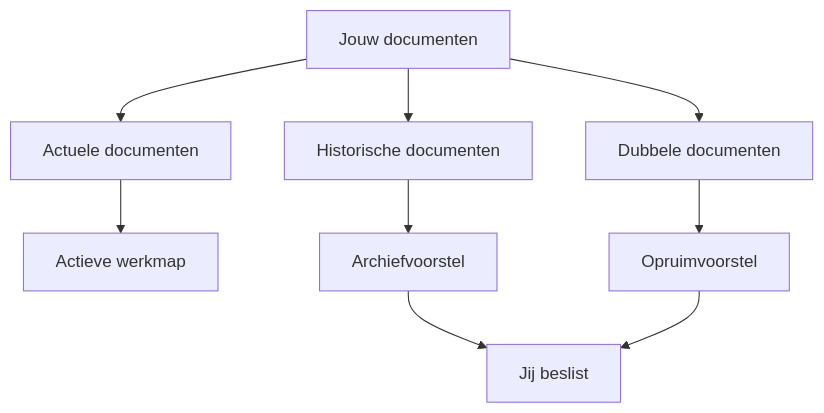
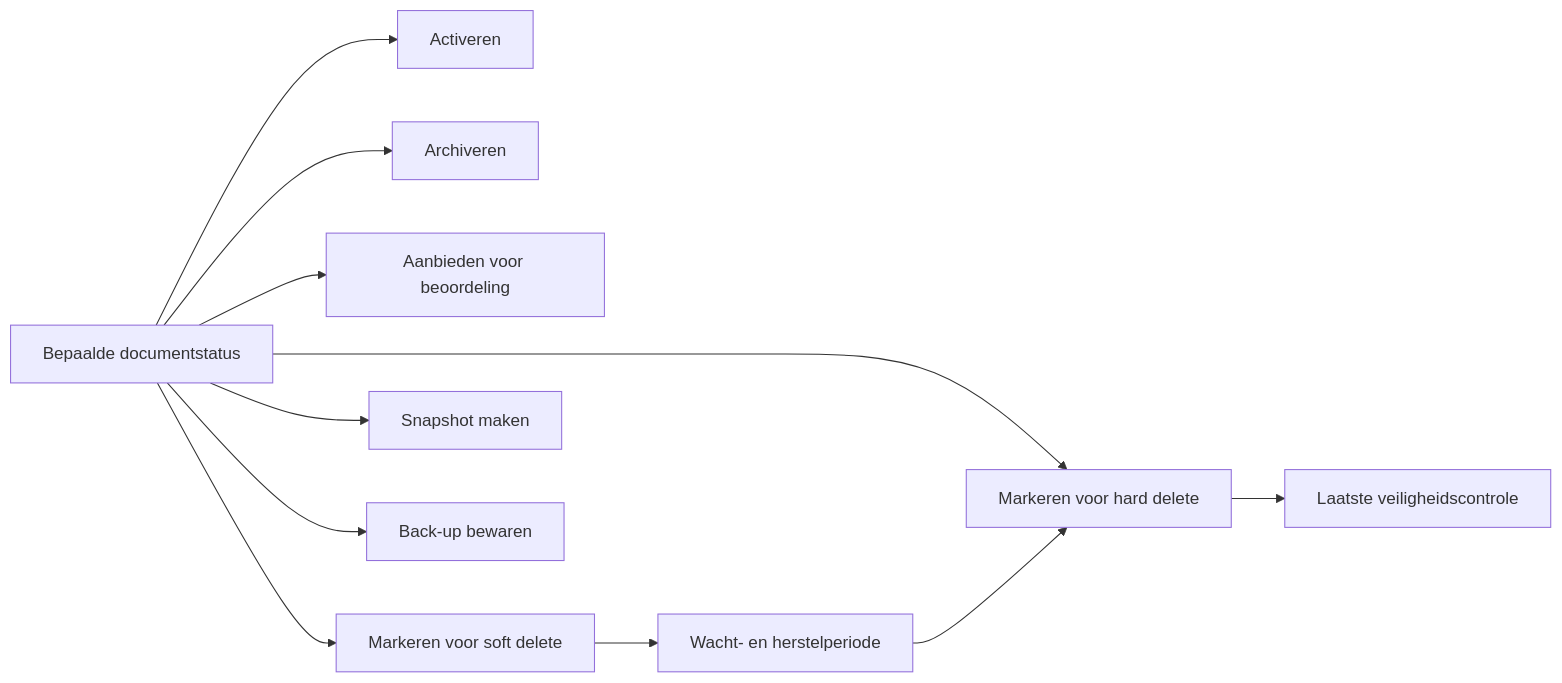
One commit to hugcoding/core-platform changed the eighth of 9 diagrams in docs/wiki/core-in-gewone-taal.md. Above: the diagram before and after it, drawn with Mermaid. The commit also changed other lines of this file, not shown here.

Commit message:
Expand plain-language CORE lifecycle flow

````diff
--- a/docs/wiki/core-in-gewone-taal.md
+++ b/docs/wiki/core-in-gewone-taal.md
@@ -108,11 +156,14 @@
 ```mermaid
-flowchart TD
-    A["Jouw documenten"] --> B["Actuele documenten"]
-    A --> C["Historische documenten"]
-    A --> D["Dubbele documenten"]
-    B --> E["Actieve werkmap"]
-    C --> F["Archiefvoorstel"]
-    D --> G["Opruimvoorstel"]
-    F --> H["Jij beslist"]
-    G --> H
+flowchart LR
+    A["Bepaalde documentstatus"] --> B["Activeren"]
+    A --> C["Archiveren"]
+    A --> D["Aanbieden voor beoordeling"]
+    A --> E["Markeren voor soft delete"]
+    A --> F["Markeren voor hard delete"]
+    A --> G["Snapshot maken"]
+    A --> H["Back-up bewaren"]
+
+    E --> I["Wacht- en herstelperiode"]
+    I --> F
+    F --> J["Laatste veiligheidscontrole"]
 ```
````
